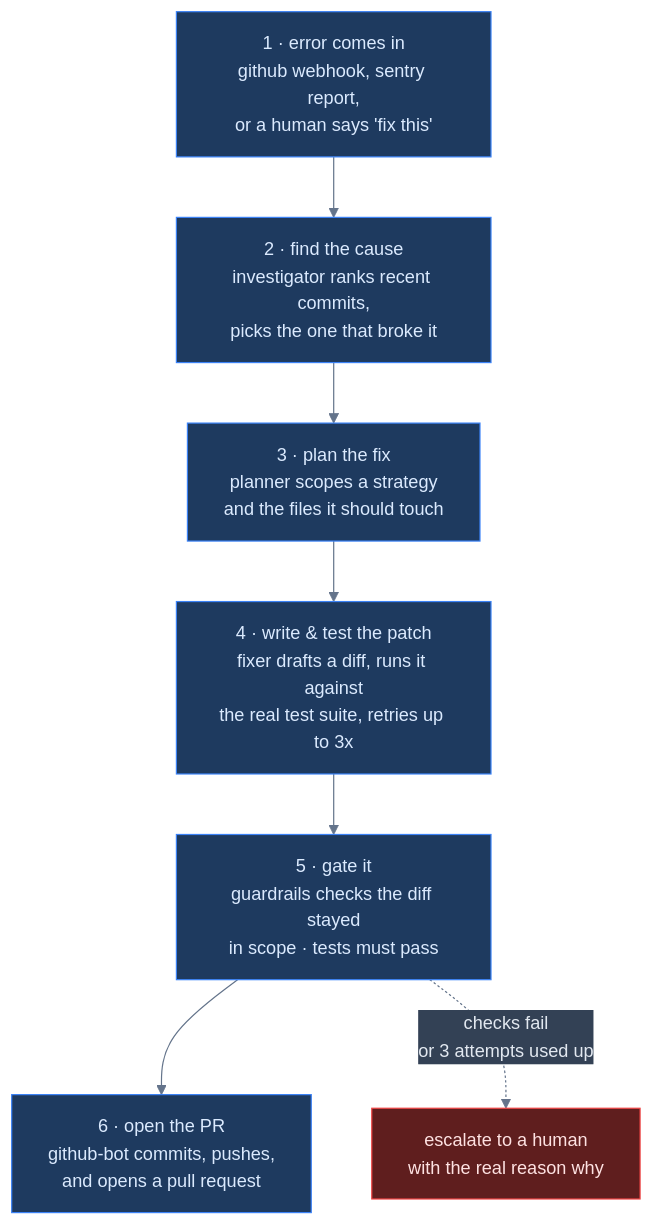
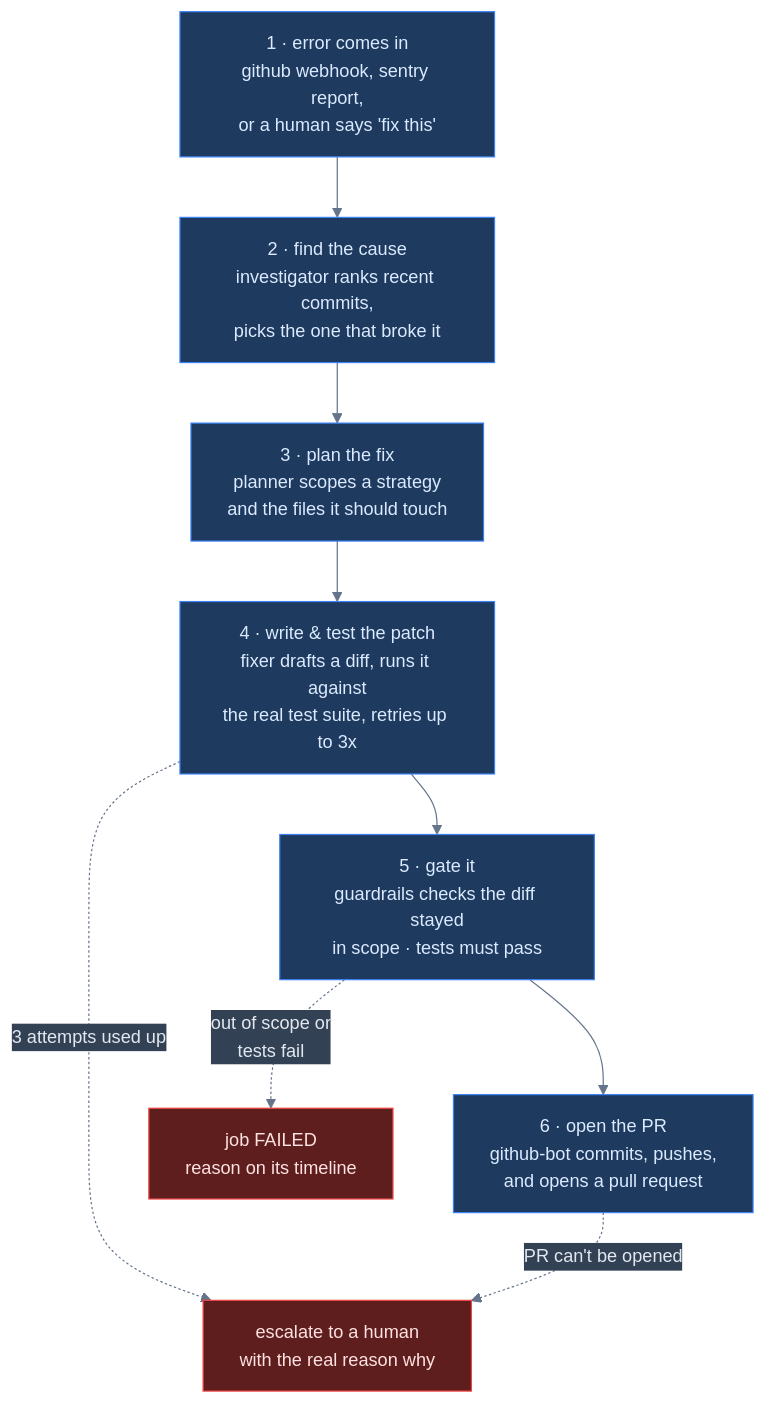
One commit to bettercallok/git-oracle changed the first of 8 diagrams in readme.md. Above: the diagram before and after it, drawn with Mermaid. The commit also changed other lines of this file, not shown here.

````diff
--- a/readme.md
+++ b/readme.md
@@ -59,18 +63,20 @@
 ```mermaid
 %%{init: {'theme':'base', 'themeVariables': {'primaryColor':'#1e293b','primaryTextColor':'#e2e8f0','primaryBorderColor':'#475569','lineColor':'#64748b','secondaryColor':'#334155','tertiaryColor':'#0f172a','fontSize':'15px'}}}%%
 flowchart TB
     a["1 · error comes in<br/>github webhook, sentry report,<br/>or a human says 'fix this'"]
     b["2 · find the cause<br/>investigator ranks recent commits,<br/>picks the one that broke it"]
     c["3 · plan the fix<br/>planner scopes a strategy<br/>and the files it should touch"]
     d["4 · write & test the patch<br/>fixer drafts a diff, runs it against<br/>the real test suite, retries up to 3x"]
     e["5 · gate it<br/>guardrails checks the diff stayed<br/>in scope · tests must pass"]
     f["6 · open the PR<br/>github-bot commits, pushes,<br/>and opens a pull request"]
 
     a --> b --> c --> d --> e --> f
-    e -.->|"checks fail<br/>or 3 attempts used up"| esc["escalate to a human<br/>with the real reason why"]
+    d -.->|"3 attempts used up"| esc["escalate to a human<br/>with the real reason why"]
+    e -.->|"out of scope or<br/>tests fail"| failed["job FAILED<br/>reason on its timeline"]
+    f -.->|"PR can't be opened"| esc
 
     classDef stage fill:#1e3a5f,stroke:#3b82f6,color:#dbeafe
     classDef stop fill:#5f1e1e,stroke:#ef4444,color:#fee2e2
     class a,b,c,d,e,f stage
-    class esc stop
+    class esc,failed stop
 ```
````
